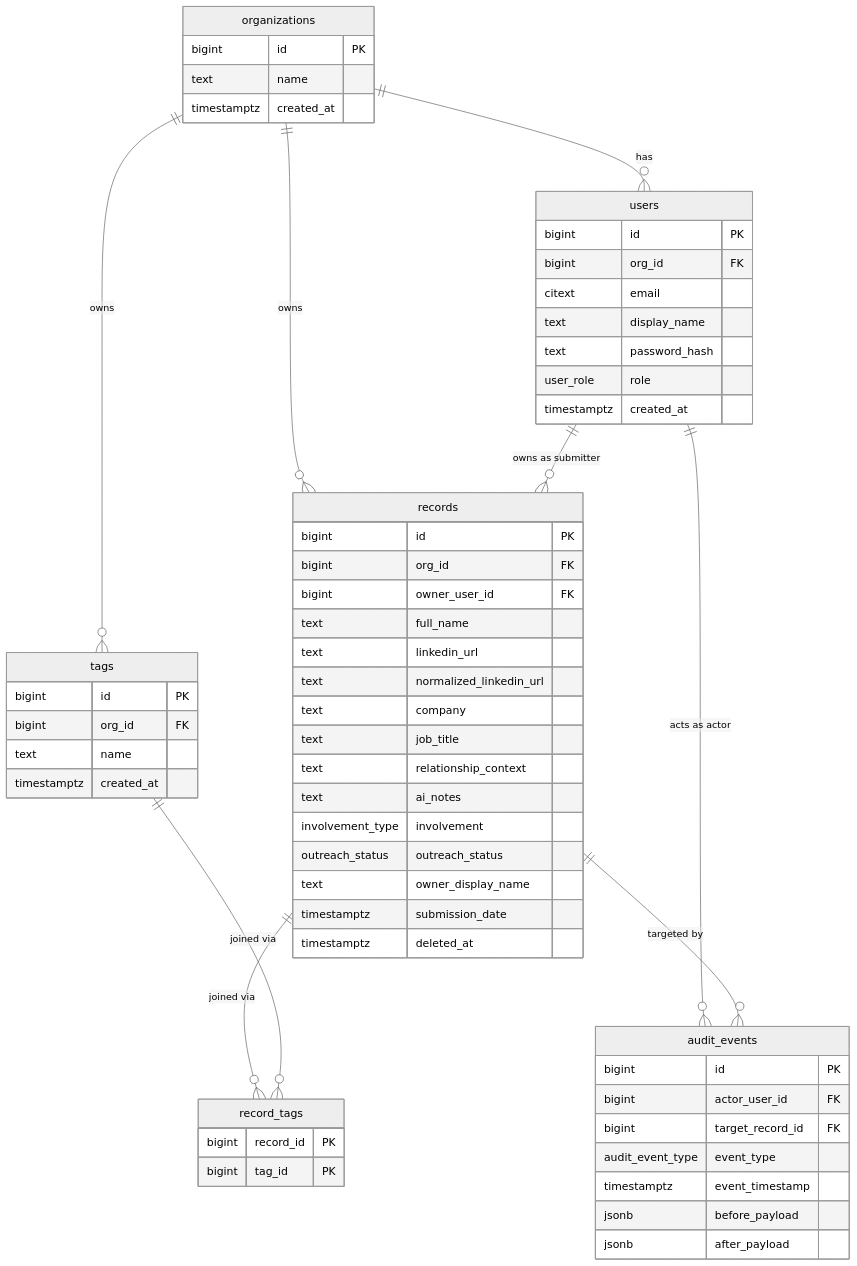
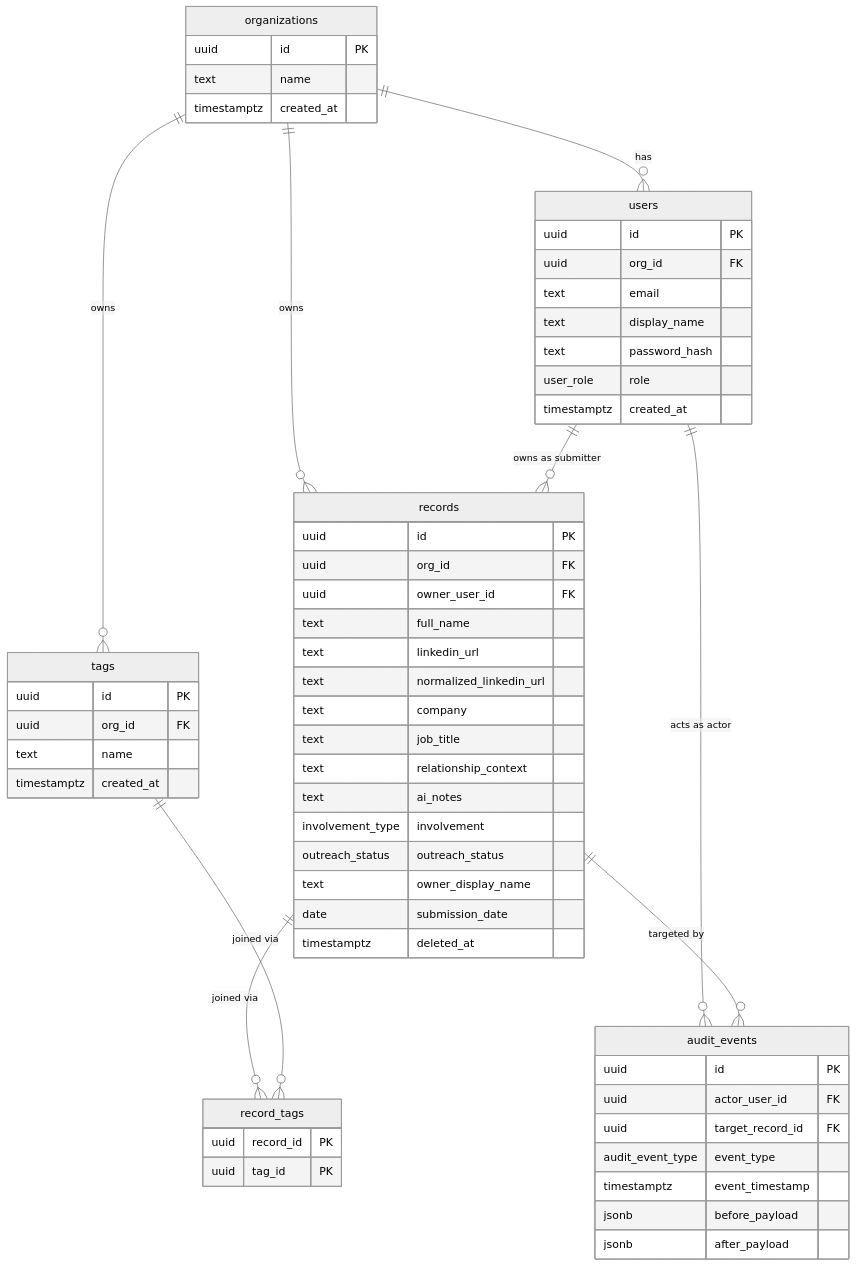
The fourth of 7 diagrams in docs/architecture.md (jrubin-blitzy/Sales-Connections), drawn with Mermaid (neutral theme) before and after one commit. The commit also changed other lines of this file and 21 other files, not shown here.

````diff
--- a/docs/architecture.md
+++ b/docs/architecture.md
@@ -404,63 +405,63 @@
 ```mermaid
 erDiagram
     organizations ||--o{ users : has
     organizations ||--o{ records : owns
     organizations ||--o{ tags : owns
     users ||--o{ records : "owns as submitter"
     users ||--o{ audit_events : "acts as actor"
     records ||--o{ record_tags : "joined via"
     tags ||--o{ record_tags : "joined via"
     records ||--o{ audit_events : "targeted by"
 
     organizations {
-        bigint id PK
+        uuid id PK
         text name
         timestamptz created_at
     }
     users {
-        bigint id PK
-        bigint org_id FK
-        citext email
+        uuid id PK
+        uuid org_id FK
+        text email
         text display_name
         text password_hash
         user_role role
         timestamptz created_at
     }
     records {
-        bigint id PK
-        bigint org_id FK
-        bigint owner_user_id FK
+        uuid id PK
+        uuid org_id FK
+        uuid owner_user_id FK
         text full_name
         text linkedin_url
         text normalized_linkedin_url
         text company
         text job_title
         text relationship_context
         text ai_notes
         involvement_type involvement
         outreach_status outreach_status
         text owner_display_name
-        timestamptz submission_date
+        date submission_date
         timestamptz deleted_at
     }
     tags {
-        bigint id PK
-        bigint org_id FK
+        uuid id PK
+        uuid org_id FK
         text name
         timestamptz created_at
     }
     record_tags {
-        bigint record_id PK
-        bigint tag_id PK
+        uuid record_id PK
+        uuid tag_id PK
     }
     audit_events {
-        bigint id PK
-        bigint actor_user_id FK
-        bigint target_record_id FK
+        uuid id PK
+        uuid actor_user_id FK
+        uuid target_record_id FK
         audit_event_type event_type
         timestamptz event_timestamp
         jsonb before_payload
         jsonb after_payload
     }
-%% Diagram: Entity-Relationship Diagram (full attributes). Legend: Lines with double-pipe ends (||) denote one-side cardinality; lines with crow-foot ends (o{) denote many-side cardinality; PK = primary key; FK = foreign key. The audit_events.target_record_id is nullable for events that do not target a single record (authentication, role_change, admin_op).
+%% Diagram: Entity-Relationship Diagram (full attributes). Legend: Lines with double-pipe ends (||) denote one-side cardinality; lines with crow-foot ends (o{) denote many-side cardinality; PK = primary key; FK = foreign key. Primary keys and organization-scoping foreign keys are PostgreSQL `uuid` columns; emails are stored as `text` with a 320-character schema-level cap. The audit_events.target_record_id is nullable for events that do not target a single record (authentication, role_change, admin_op).
 ```
````
